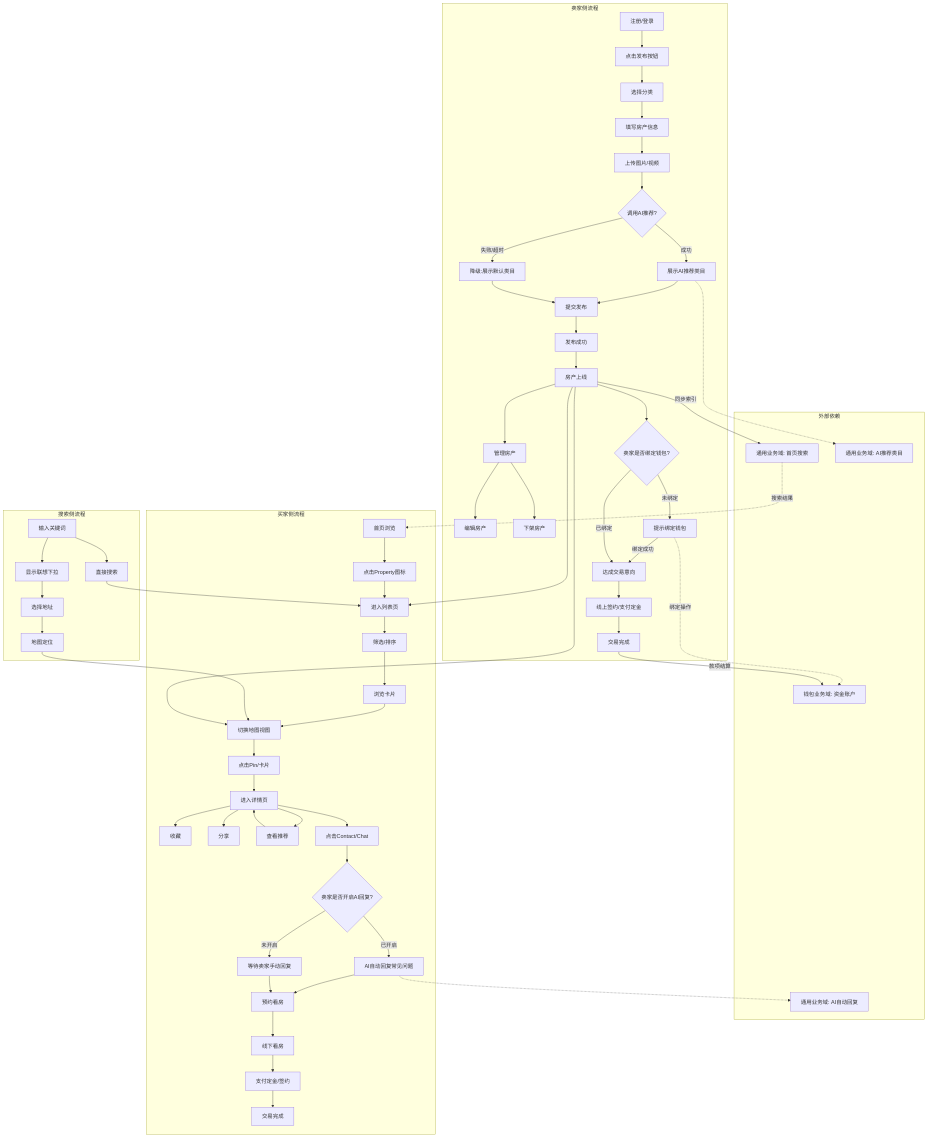
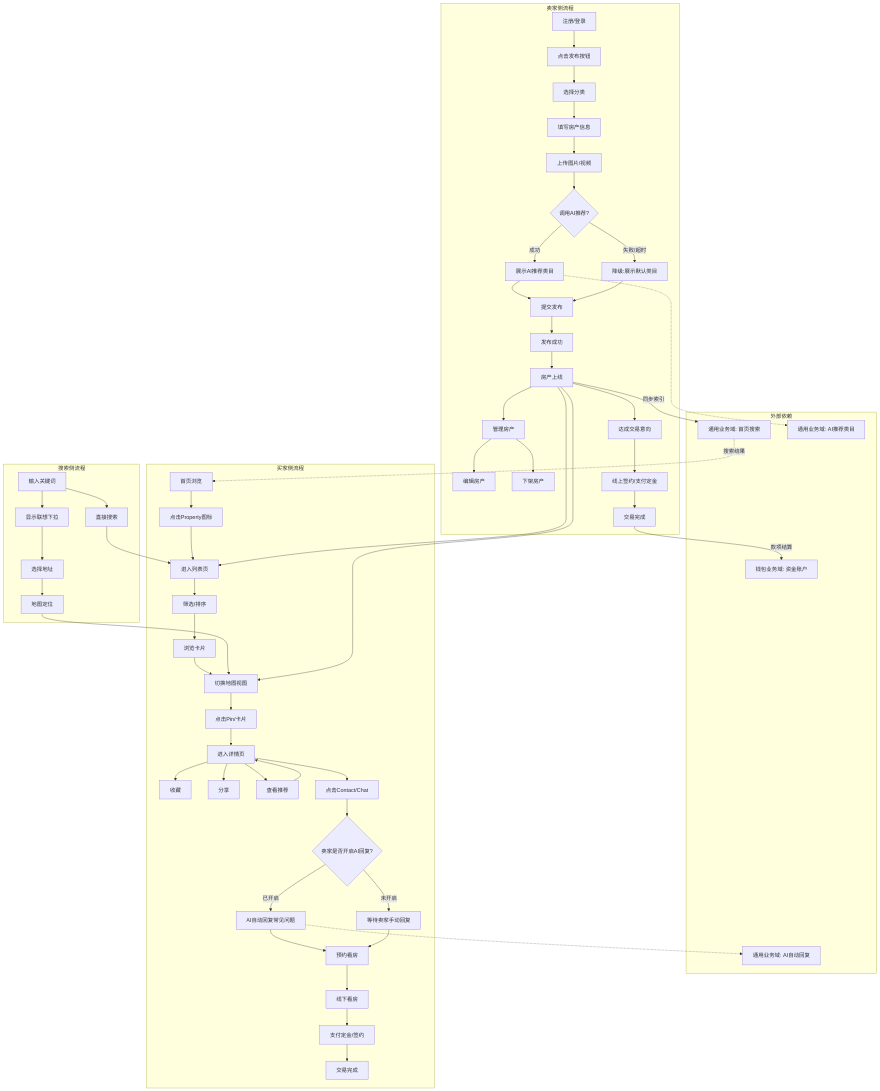
The first of 3 diagrams in bundled/knowledge_base/业务知识图谱/房产业务域/房产业务全景.md (jiadan-user/jiacangku), drawn with Mermaid before and after one commit. The commit also changed other lines of this file, not shown here.

Commit message:
docs(房产): 业务全景图移除卖家绑定钱包节点并记录 v3.1 变更
Made-with: Cursor

````diff
--- a/bundled/knowledge_base/业务知识图谱/房产业务域/房产业务全景.md
+++ b/bundled/knowledge_base/业务知识图谱/房产业务域/房产业务全景.md
@@ -42,71 +42,67 @@
 ```mermaid
 graph TB
     subgraph 外部依赖
         Wallet[钱包业务域: 资金账户]
         Search[通用业务域: 首页搜索]
         AI[通用业务域: AI推荐类目]
         Chat[通用业务域: AI自动回复]
     end
 
     subgraph 卖家侧流程
         A1[注册/登录] --> A2[点击发布按钮]
         A2 --> A3[选择分类]
         A3 --> A4[填写房产信息]
         A4 --> A5[上传图片/视频]
         A5 --> AI_Call{调用AI推荐?}
         AI_Call -->|成功| AI_Success[展示AI推荐类目] -.-> AI
         AI_Call -->|失败/超时| AI_Fail[降级:展示默认类目]
         AI_Success --> A6[提交发布]
         AI_Fail --> A6
         A6 --> A7[发布成功]
         A7 --> A8[房产上线]
         A8 -->|同步索引| Search
         A8 --> A9[管理房产]
         A9 --> A10[编辑房产]
         A9 --> A11[下架房产]
-        A8 --> CheckWallet{卖家是否绑定钱包?}
-        CheckWallet -->|未绑定| BindWallet[提示绑定钱包]
-        BindWallet -.->|绑定操作| Wallet
-        BindWallet -->|绑定成功| A12[达成交易意向]
-        CheckWallet -->|已绑定| A12
+        A8 --> A12[达成交易意向]
         A12 --> A13[线上签约/支付定金]
         A13 --> A14[交易完成]
         A14 -->|款项结算| Wallet
     end
     
     subgraph 买家侧流程
         Search -.->|搜索结果| B1
         B1[首页浏览] --> B2[点击Property图标]
         B2 --> B3[进入列表页]
         B3 --> B4[筛选/排序]
         B4 --> B5[浏览卡片]
         B5 --> B6[切换地图视图]
         B6 --> B7[点击Pin/卡片]
         B7 --> B8[进入详情页]
         B8 --> B9[收藏]
         B8 --> B10[分享]
         B8 --> B11[查看推荐]
         B11 --> B8
         B8 --> B12[点击Contact/Chat]
         B12 --> Chat_Call{卖家是否开启AI回复?}
         Chat_Call -->|已开启| Chat_Auto[AI自动回复常见问题] -.-> Chat
         Chat_Call -->|未开启| Chat_Manual[等待卖家手动回复]
         Chat_Auto --> B13[预约看房]
         Chat_Manual --> B13
         B13 --> B14[线下看房]
         B14 --> B15[支付定金/签约]
         B15 --> B16[交易完成]
     end
     
     subgraph 搜索侧流程
         C1[输入关键词] --> C2[显示联想下拉]
         C2 --> C3[选择地址]
         C3 --> C4[地图定位]
         C4 --> B6
         C1 --> C5[直接搜索]
         C5 --> B3
     end
     
     A8 --> B3
     A8 --> B6
 ```
````
